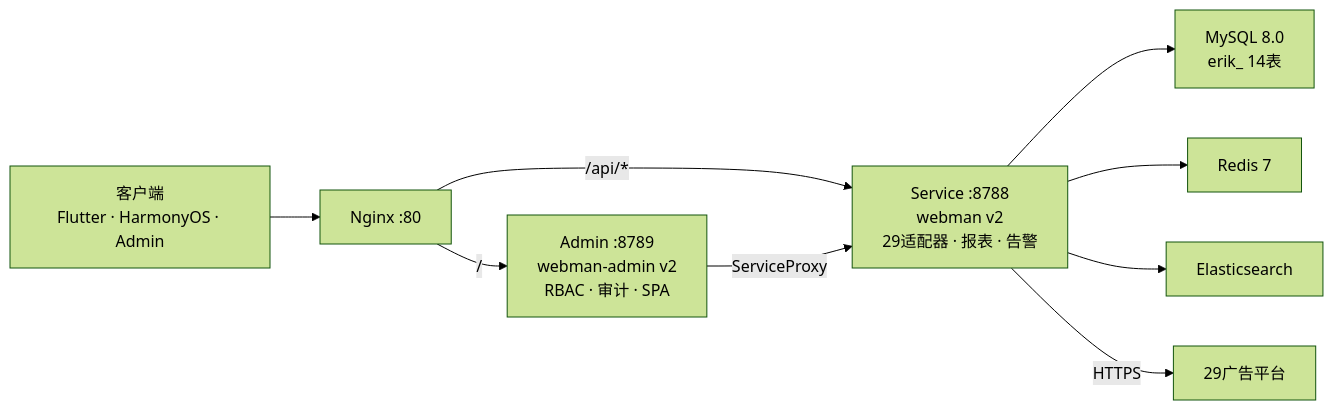
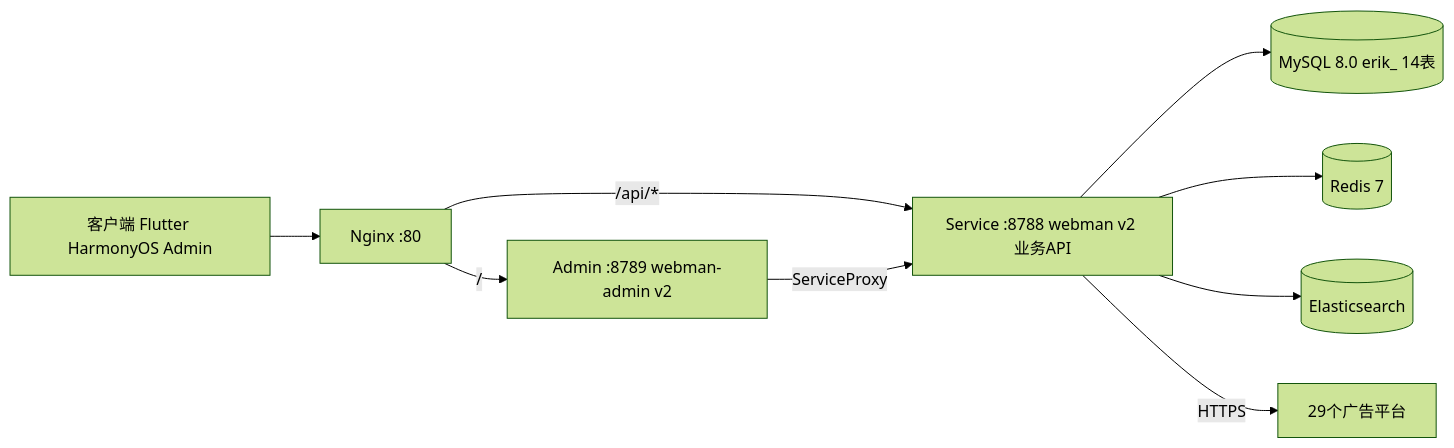
Before and after one commit to erikwang2013/ads-php: the diagram in README.md, drawn with Mermaid (forest theme). The commit also changed 1 other file, not shown here.

Commit message:
fix: remove all special chars from Mermaid labels for GitHub rendering
- Replace | · — and -> inside node labels across all 8 diagrams
- Use simple labels without special characters
- Verify all mermaid blocks have proper open/close markers

````diff
--- a/README.md
+++ b/README.md
@@ -65,11 +65,11 @@
 ```mermaid
 graph LR
-    Clients["客户端<br/>Flutter · HarmonyOS · Admin"] --> Nginx["Nginx :80"]
-    Nginx -->|"/"| Admin["Admin :8789<br/>webman-admin v2<br/>RBAC · 审计 · SPA"]
-    Nginx -->|"/api/*"| Service["Service :8788<br/>webman v2<br/>29适配器 · 报表 · 告警"]
+    Clients[客户端 Flutter HarmonyOS Admin] --> Nginx[Nginx :80]
+    Nginx -->|"/"| Admin[Admin :8789 webman-admin v2]
+    Nginx -->|"/api/*"| Service[Service :8788 webman v2 业务API]
     Admin -->|ServiceProxy| Service
-    Service --> MySQL["MySQL 8.0<br/>erik_ 14表"]
-    Service --> Redis["Redis 7"]
-    Service --> ES["Elasticsearch"]
-    Service -->|HTTPS| Platforms["29广告平台"]
+    Service --> MySQL[(MySQL 8.0 erik_ 14表)]
+    Service --> Redis[(Redis 7)]
+    Service --> ES[(Elasticsearch)]
+    Service -->|HTTPS| Platforms[29个广告平台]
 ```
````
